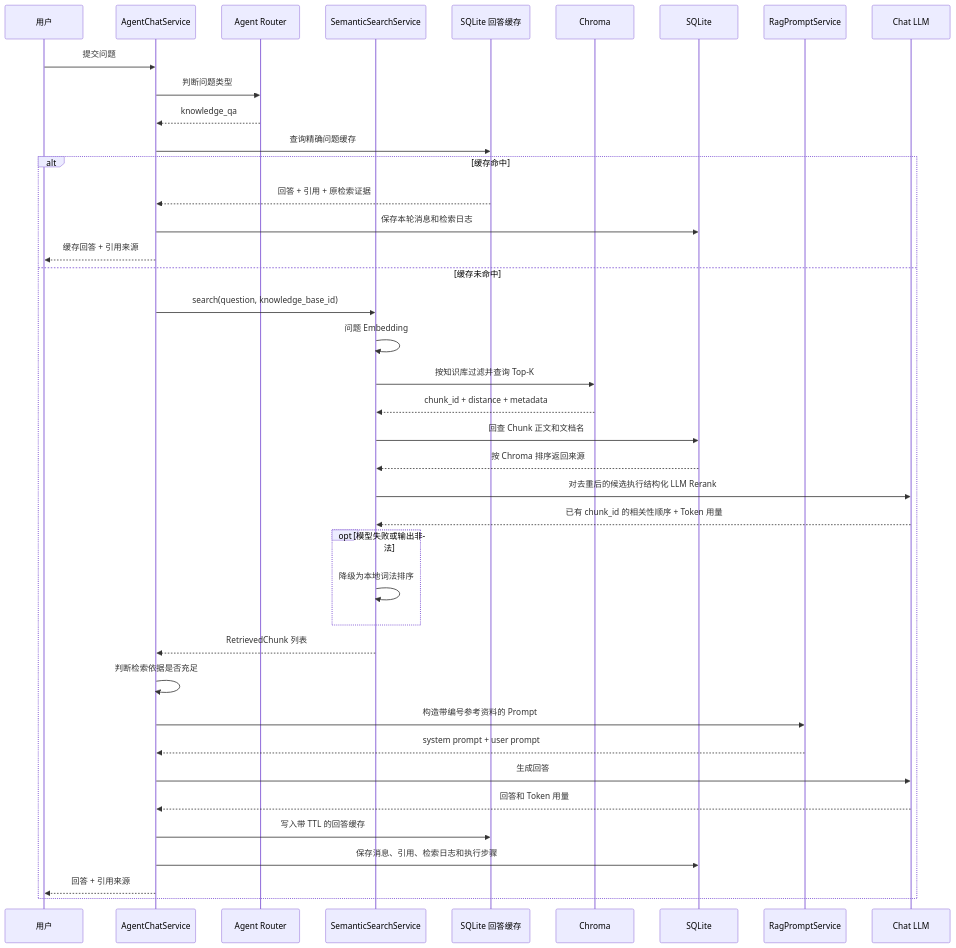
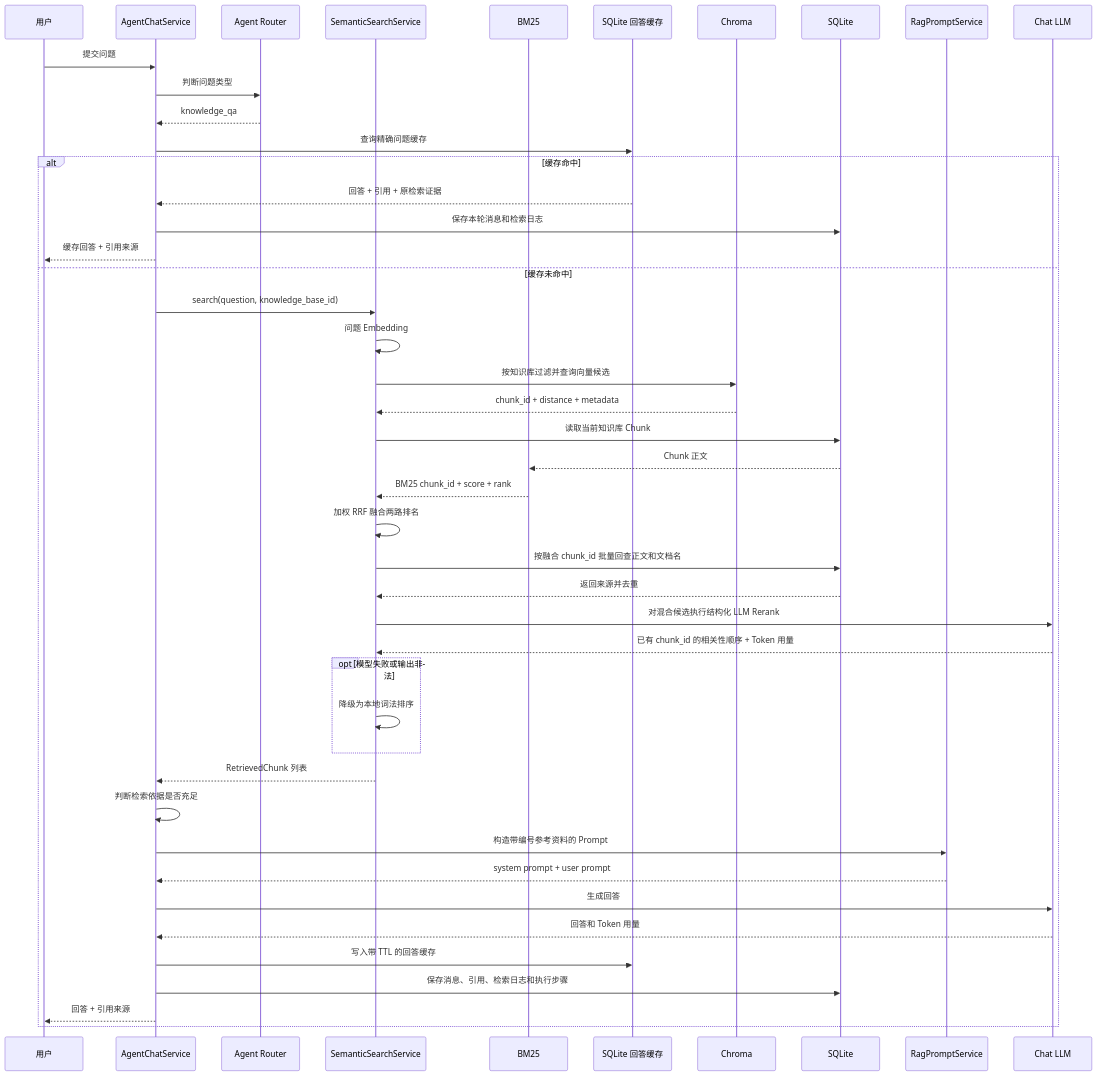
Before and after one commit to dejin-chen/knowflow-ai: the third of 5 diagrams in docs/system_architecture.md, drawn with Mermaid. The commit also changed other lines of this file and 25 other files, not shown here.

````diff
--- a/docs/system_architecture.md
+++ b/docs/system_architecture.md
@@ -133,43 +133,48 @@
 ```mermaid
 sequenceDiagram
     participant U as 用户
     participant A as AgentChatService
     participant R as Agent Router
     participant S as SemanticSearchService
+    participant B as BM25
     participant Cache as SQLite 回答缓存
     participant C as Chroma
     participant DB as SQLite
     participant P as RagPromptService
     participant L as Chat LLM
 
     U->>A: 提交问题
     A->>R: 判断问题类型
     R-->>A: knowledge_qa
     A->>Cache: 查询精确问题缓存
     alt 缓存命中
         Cache-->>A: 回答 + 引用 + 原检索证据
         A->>DB: 保存本轮消息和检索日志
         A-->>U: 缓存回答 + 引用来源
     else 缓存未命中
     A->>S: search(question, knowledge_base_id)
     S->>S: 问题 Embedding
-    S->>C: 按知识库过滤并查询 Top-K
+    S->>C: 按知识库过滤并查询向量候选
     C-->>S: chunk_id + distance + metadata
-    S->>DB: 回查 Chunk 正文和文档名
-    DB-->>S: 按 Chroma 排序返回来源
-    S->>L: 对去重后的候选执行结构化 LLM Rerank
+    S->>DB: 读取当前知识库 Chunk
+    DB-->>B: Chunk 正文
+    B-->>S: BM25 chunk_id + score + rank
+    S->>S: 加权 RRF 融合两路排名
+    S->>DB: 按融合 chunk_id 批量回查正文和文档名
+    DB-->>S: 返回来源并去重
+    S->>L: 对混合候选执行结构化 LLM Rerank
     L-->>S: 已有 chunk_id 的相关性顺序 + Token 用量
     opt 模型失败或输出非法
         S->>S: 降级为本地词法排序
     end
     S-->>A: RetrievedChunk 列表
     A->>A: 判断检索依据是否充足
     A->>P: 构造带编号参考资料的 Prompt
     P-->>A: system prompt + user prompt
     A->>L: 生成回答
     L-->>A: 回答和 Token 用量
     A->>Cache: 写入带 TTL 的回答缓存
     A->>DB: 保存消息、引用、检索日志和执行步骤
     A-->>U: 回答 + 引用来源
     end
 ```
````
